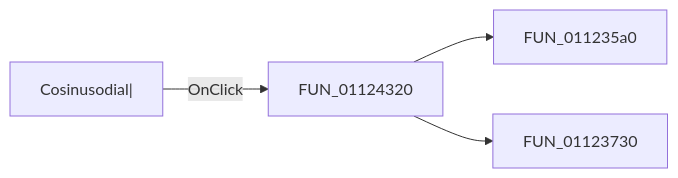
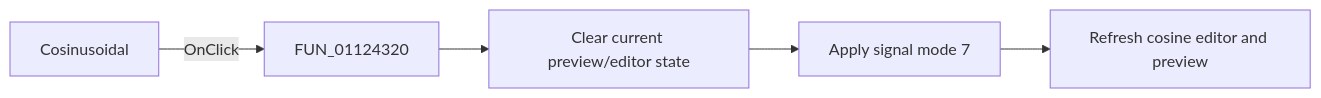
Before and after one commit to MovGP0/TIARA: the diagram in docs/ui-controls/signaleditordlg/sbtncosinusodial-da2fa3d0fc.md, drawn with Mermaid. The commit also changed other lines of this file and 1062 other files, not shown here.

````diff
--- a/docs/ui-controls/signaleditordlg/sbtncosinusodial-da2fa3d0fc.md
+++ b/docs/ui-controls/signaleditordlg/sbtncosinusodial-da2fa3d0fc.md
@@ -27,6 +33,7 @@
 ```mermaid
 flowchart LR
-    control["Cosinusodial|"] -->|OnClick| handler["FUN_01124320"]
-    handler --> call1["FUN_011235a0"]
-    handler --> call2["FUN_01123730"]
+    control["Cosinusoidal"] -->|"OnClick"| handler["FUN_01124320"]
+    handler --> clear["Clear current preview/editor state"]
+    clear --> select["Apply signal mode 7"]
+    select --> refresh["Refresh cosine editor and preview"]
 ```
````
